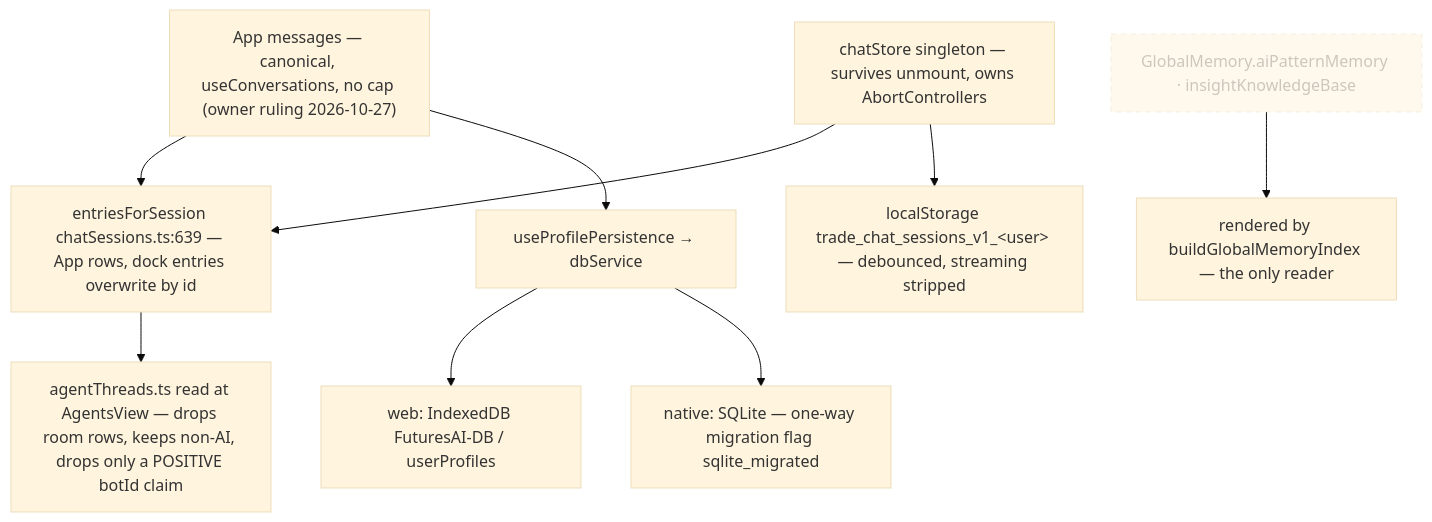
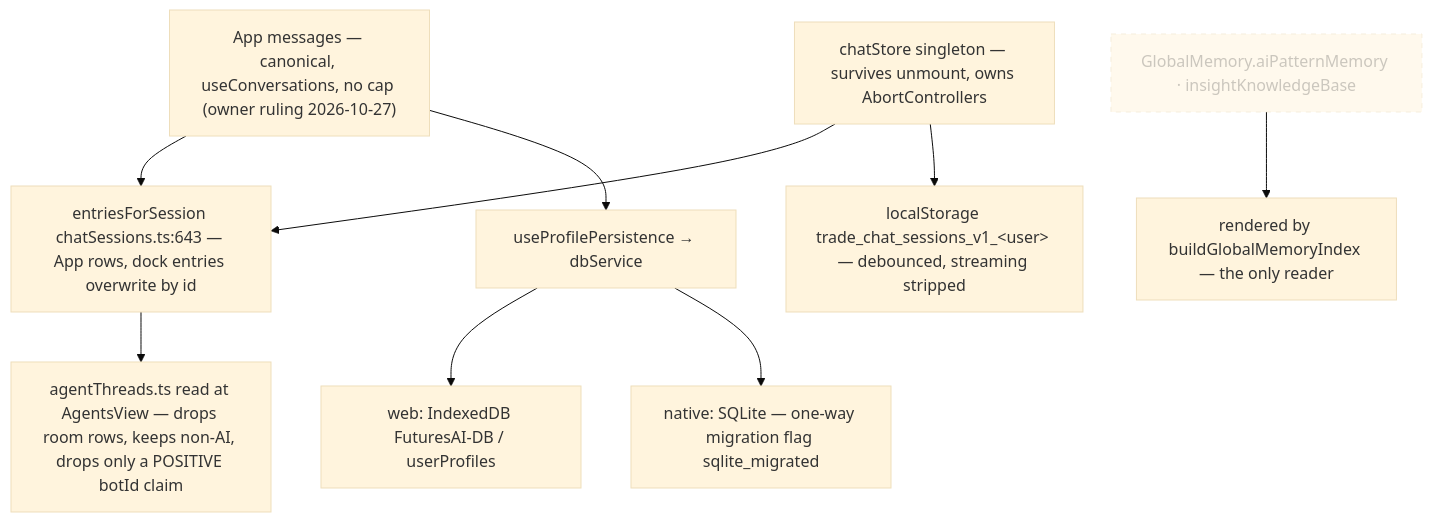
One commit to Acepay25/august-3.5 changed the seventh of 8 diagrams in docs/app-flow.md. Above: the diagram before and after it, drawn with Mermaid (base theme). The commit also changed other lines of this file and 13 other files, not shown here.

````diff
--- a/docs/app-flow.md
+++ b/docs/app-flow.md
@@ -540,12 +540,12 @@
 ```mermaid
 flowchart TD
-    MSG["App messages — canonical, useConversations, no cap (owner ruling 2026-10-27)"] --> MER["entriesForSession chatSessions.ts:639 — App rows, dock entries overwrite by id"]
+    MSG["App messages — canonical, useConversations, no cap (owner ruling 2026-10-27)"] --> MER["entriesForSession chatSessions.ts:643 — App rows, dock entries overwrite by id"]
     CS["chatStore singleton — survives unmount, owns AbortControllers"] --> MER
     MER --> PANE["agentThreads.ts read at AgentsView — drops room rows, keeps non-AI, drops only a POSITIVE botId claim"]
     CS --> LS["localStorage trade_chat_sessions_v1_&lt;user&gt; — debounced, streaming stripped"]
     MSG --> PP["useProfilePersistence → dbService"]
     PP --> IDB["web: IndexedDB FuturesAI-DB / userProfiles"]
     PP --> SQL["native: SQLite — one-way migration flag sqlite_migrated"]
     GM["GlobalMemory.aiPatternMemory · insightKnowledgeBase"]:::dead --> IDX["rendered by buildGlobalMemoryIndex — the only reader"]
     classDef dead stroke-dasharray: 5 5,opacity:.5
 ```
````
